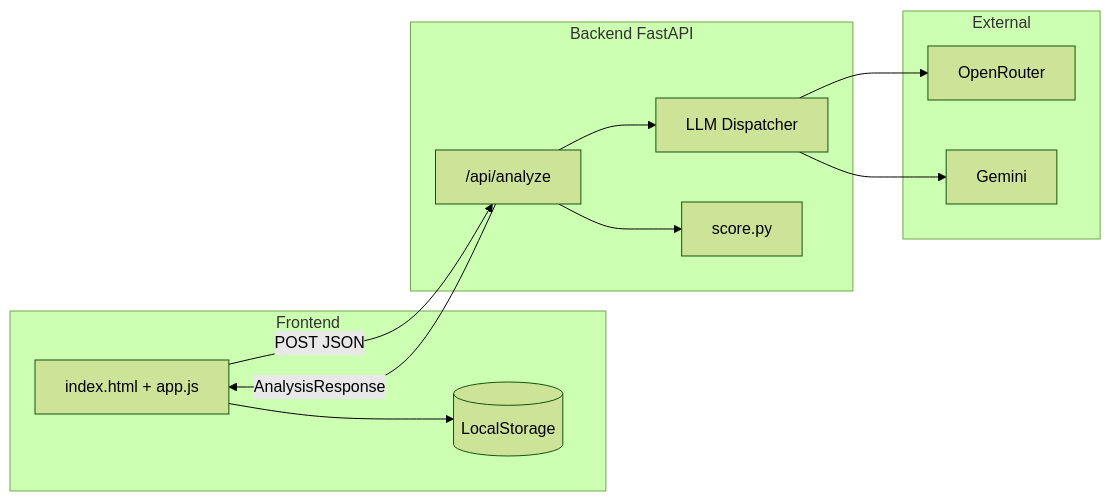
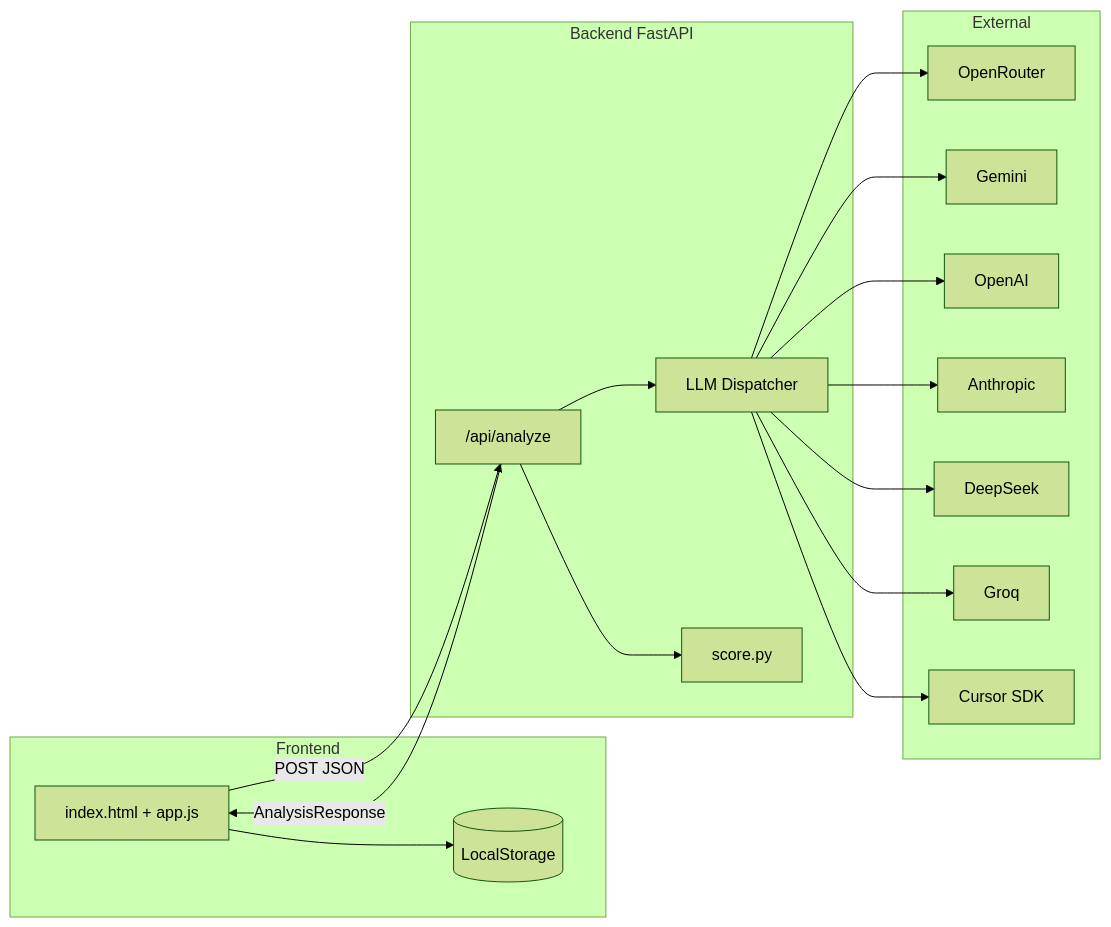
One commit to GaabDevWeb/Xray-Spec changed the first of 2 diagrams in README.md. Above: the diagram before and after it, drawn with Mermaid (forest theme). The commit also changed other lines of this file and 19 other files, not shown here.

````diff
--- a/README.md
+++ b/README.md
@@ -86,23 +115,33 @@
 ```mermaid
 flowchart LR
   subgraph client [Frontend]
     UI[index.html + app.js]
     LS[(LocalStorage)]
   end
   subgraph server [Backend FastAPI]
     API["/api/analyze"]
     LLM[LLM Dispatcher]
     Score[score.py]
   end
   subgraph external [External]
     OR[OpenRouter]
     GM[Gemini]
+    OAI[OpenAI]
+    ANT[Anthropic]
+    DS[DeepSeek]
+    GQ[Groq]
+    CU[Cursor SDK]
   end
   UI -->|POST JSON| API
   API --> LLM
   LLM --> OR
   LLM --> GM
+  LLM --> OAI
+  LLM --> ANT
+  LLM --> DS
+  LLM --> GQ
+  LLM --> CU
   API --> Score
   API -->|AnalysisResponse| UI
   UI --> LS
 ```
````
